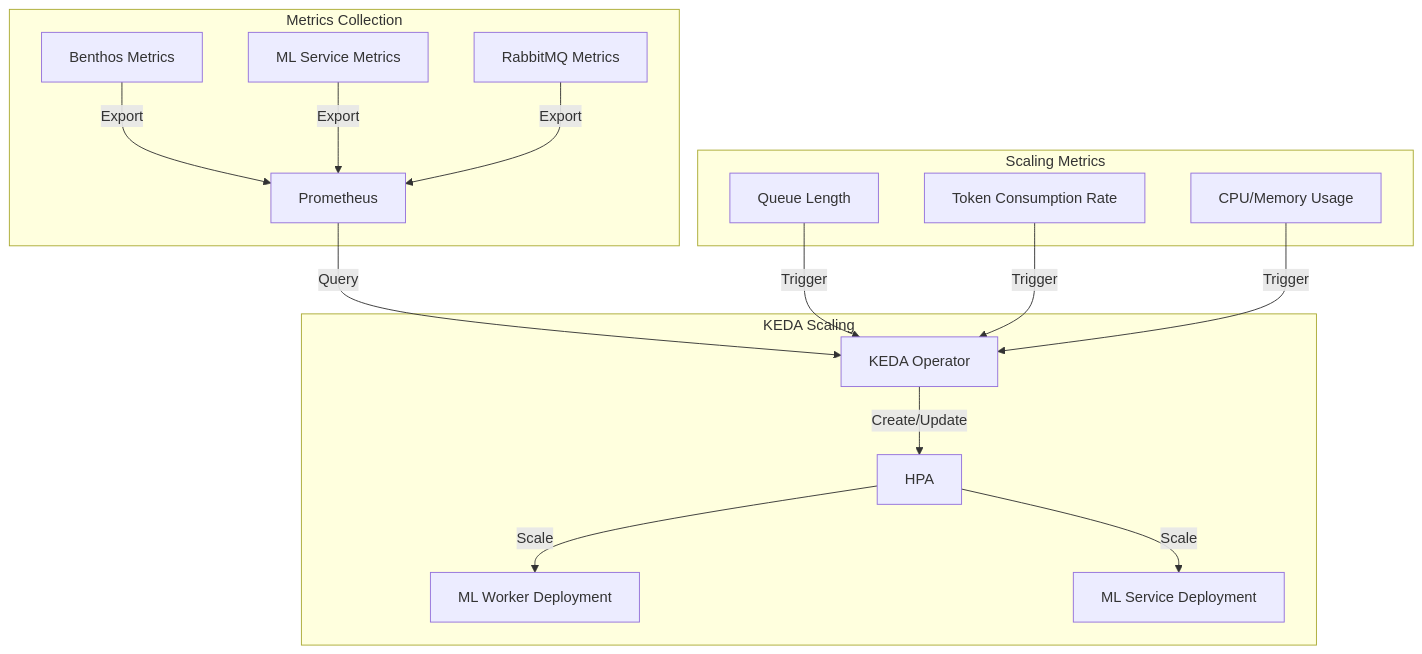
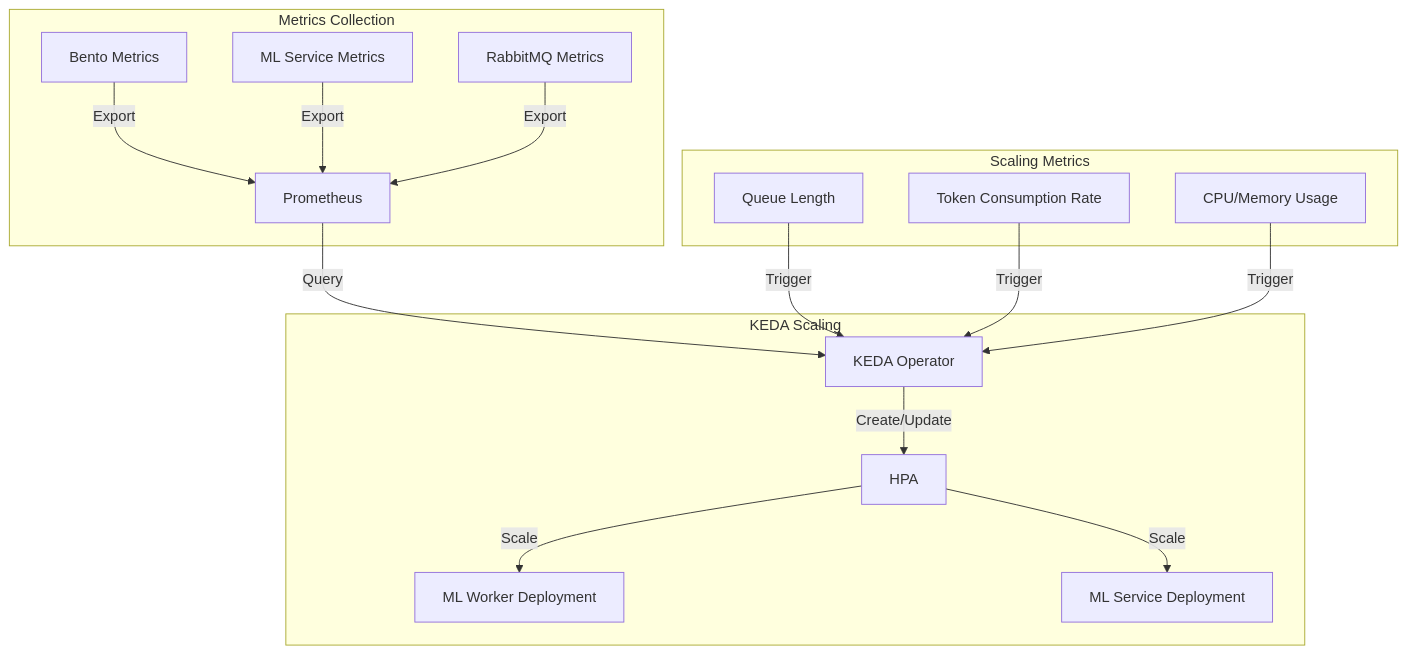
One commit to devops-360-online/go-with-me-ml changed the fourth of 5 diagrams in docs/01-architecture/overview.md. Above: the diagram before and after it, drawn with Mermaid. The commit also changed other lines of this file and 16 other files, not shown here.

Commit message:
Update documentation for Bento-based architecture

````diff
--- a/docs/01-architecture/overview.md
+++ b/docs/01-architecture/overview.md
@@ -133,21 +133,21 @@
 ```mermaid
 graph TD
     subgraph "Metrics Collection"
-        A[Benthos Metrics] -->|Export| B[Prometheus]
+        A[Bento Metrics] -->|Export| B[Prometheus]
         C[ML Service Metrics] -->|Export| B
         D[RabbitMQ Metrics] -->|Export| B
     end
     
     subgraph "KEDA Scaling"
         B -->|Query| E[KEDA Operator]
         E -->|Create/Update| F[HPA]
         F -->|Scale| G[ML Worker Deployment]
         F -->|Scale| H[ML Service Deployment]
     end
     
     subgraph "Scaling Metrics"
         I[Queue Length] -->|Trigger| E
         J[Token Consumption Rate] -->|Trigger| E
         K[CPU/Memory Usage] -->|Trigger| E
     end
 ```
````
